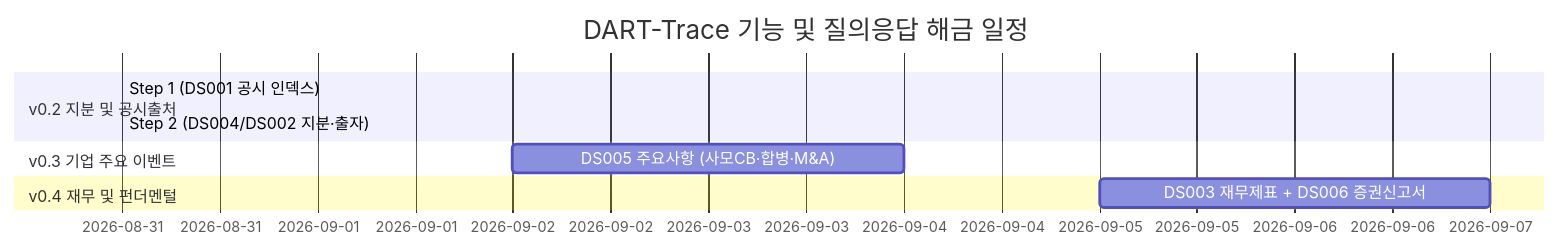
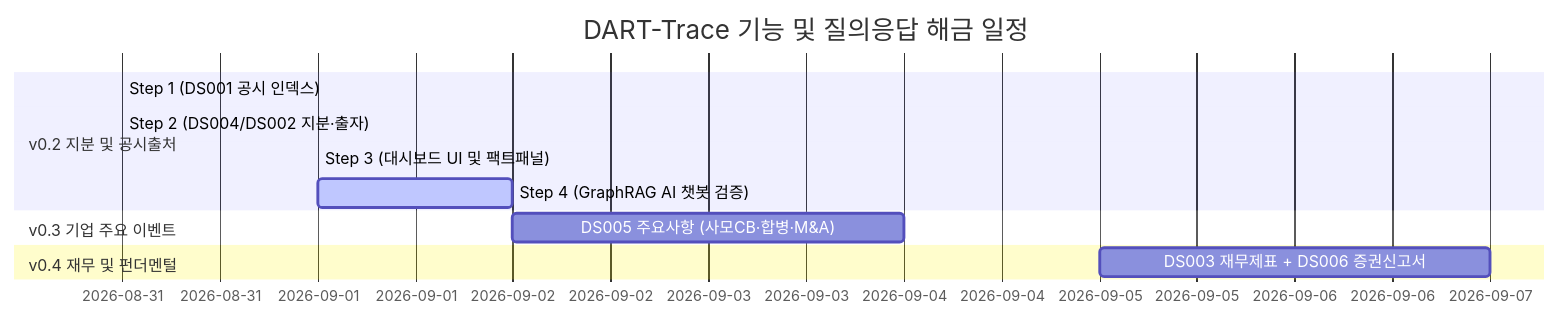
The diagram in schedule.md (mycar4/enkoa-practice-knowledge-graph), drawn with Mermaid before and after one commit. The commit also changed other lines of this file and 2 other files, not shown here.

Commit message:
feat: complete v0.2 Step 3 dashboard UI & fact detail panel verification

````diff
--- a/schedule.md
+++ b/schedule.md
@@ -52,12 +41,14 @@
 ```mermaid
 gantt
     title DART-Trace 기능 및 질의응답 해금 일정
     dateFormat  YYYY-MM-DD
     section v0.2 지분 및 공시출처
     Step 1 (DS001 공시 인덱스)       :done,    des1, 2026-08-31, 2026-08-31
     Step 2 (DS004/DS002 지분·출자)    :done,    des2, 2026-08-31, 2026-08-31
+    Step 3 (대시보드 UI 및 팩트패널)   :done,    des3, 2026-09-01, 2026-09-01
+    Step 4 (GraphRAG AI 챗봇 검증)   :active,  des4, 2026-09-01, 2026-09-02
     section v0.3 기업 주요 이벤트
-    DS005 주요사항 (사모CB·합병·M&A) :         des4, 2026-09-02, 2026-09-04
+    DS005 주요사항 (사모CB·합병·M&A) :         des5, 2026-09-02, 2026-09-04
     section v0.4 재무 및 펀더멘털
-    DS003 재무제표 + DS006 증권신고서 :         des5, 2026-09-05, 2026-09-07
+    DS003 재무제표 + DS006 증권신고서 :         des6, 2026-09-05, 2026-09-07
 ```
````
